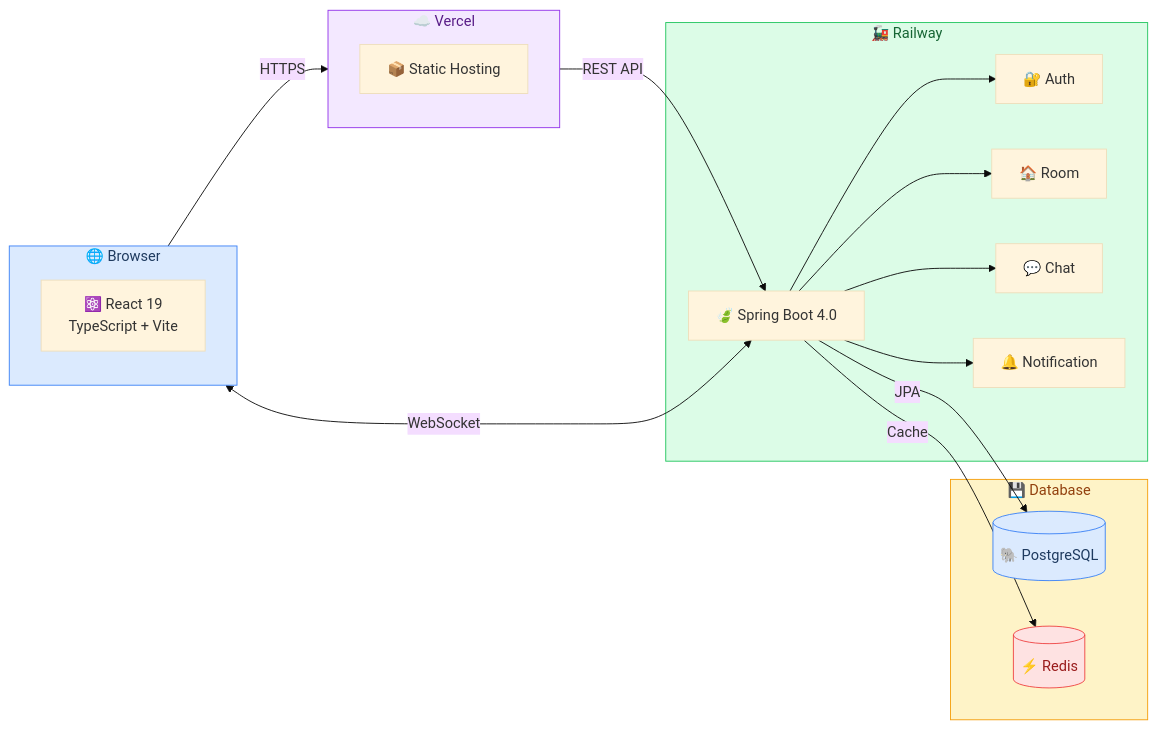
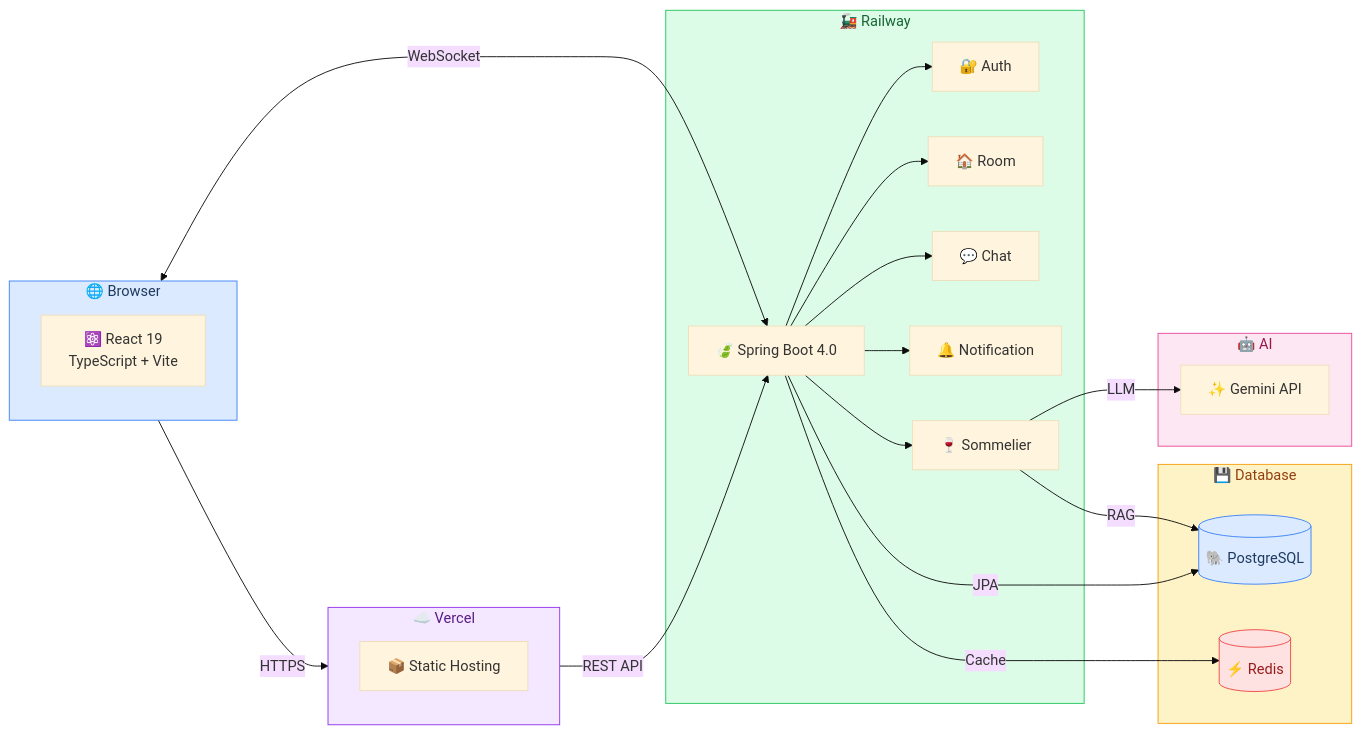
Before and after one commit to seolbin01/board-mate: the first of 2 diagrams in README.md, drawn with Mermaid (base theme). The commit also changed other lines of this file and 1 other file, not shown here.

````diff
--- a/README.md
+++ b/README.md
@@ -92,40 +99,48 @@
 ```mermaid
 flowchart LR
     subgraph Client["🌐 Browser"]
         FE["⚛️ React 19\nTypeScript + Vite"]
     end
 
     subgraph Vercel["☁️ Vercel"]
         STATIC["📦 Static Hosting"]
     end
 
     subgraph Railway["🚂 Railway"]
         BE["🍃 Spring Boot 4.0"]
 
         AUTH["🔐 Auth"]
         ROOM["🏠 Room"]
         CHAT["💬 Chat"]
         NOTIFY["🔔 Notification"]
+        SOMM["🍷 Sommelier"]
+    end
+
+    subgraph AI["🤖 AI"]
+        GEMINI["✨ Gemini API"]
     end
 
     subgraph DB["💾 Database"]
         PG[("🐘 PostgreSQL")]
         REDIS[("⚡ Redis")]
     end
 
     Client -->|HTTPS| Vercel
     Vercel -->|REST API| BE
     Client <-->|WebSocket| BE
 
-    BE --> AUTH & ROOM & CHAT & NOTIFY
+    BE --> AUTH & ROOM & CHAT & NOTIFY & SOMM
 
     BE -->|JPA| PG
     BE -->|Cache| REDIS
+    SOMM -->|RAG| PG
+    SOMM -->|LLM| GEMINI
 
     style Client fill:#dbeafe,stroke:#3b82f6,color:#1e3a5f
     style Vercel fill:#f3e8ff,stroke:#9333ea,color:#581c87
     style Railway fill:#dcfce7,stroke:#22c55e,color:#166534
     style DB fill:#fef3c7,stroke:#f59e0b,color:#92400e
+    style AI fill:#fce7f3,stroke:#ec4899,color:#9d174d
     style PG fill:#dbeafe,stroke:#3b82f6,color:#1e3a5f
     style REDIS fill:#fee2e2,stroke:#ef4444,color:#991b1b
 ```
````
